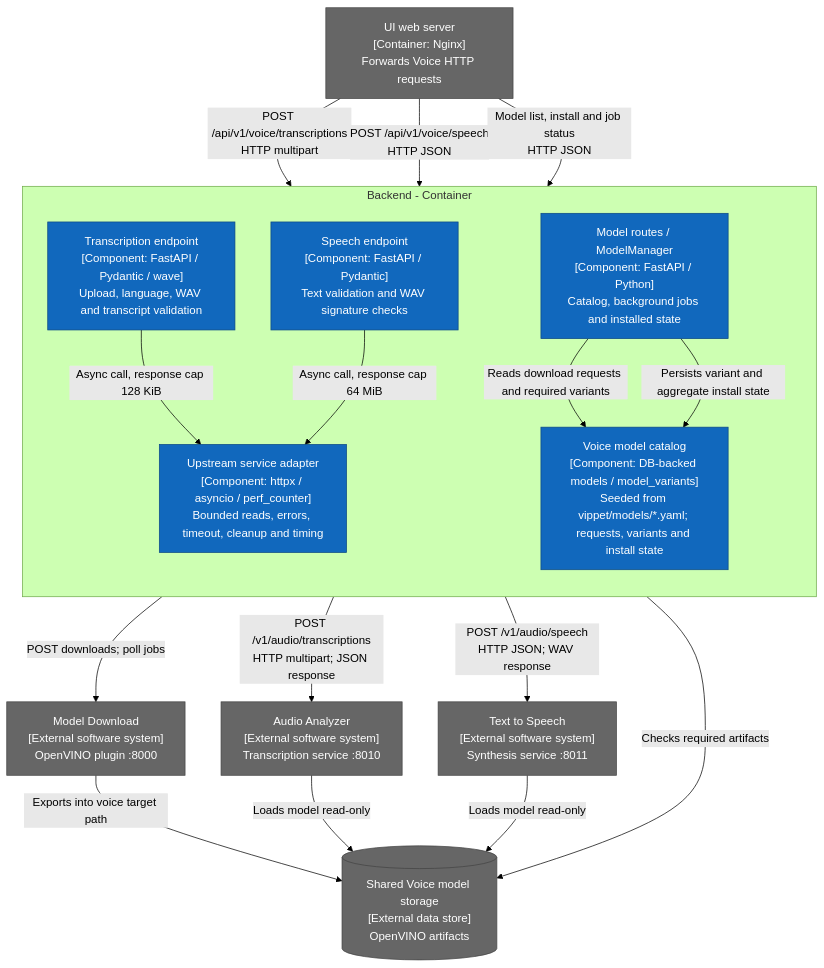
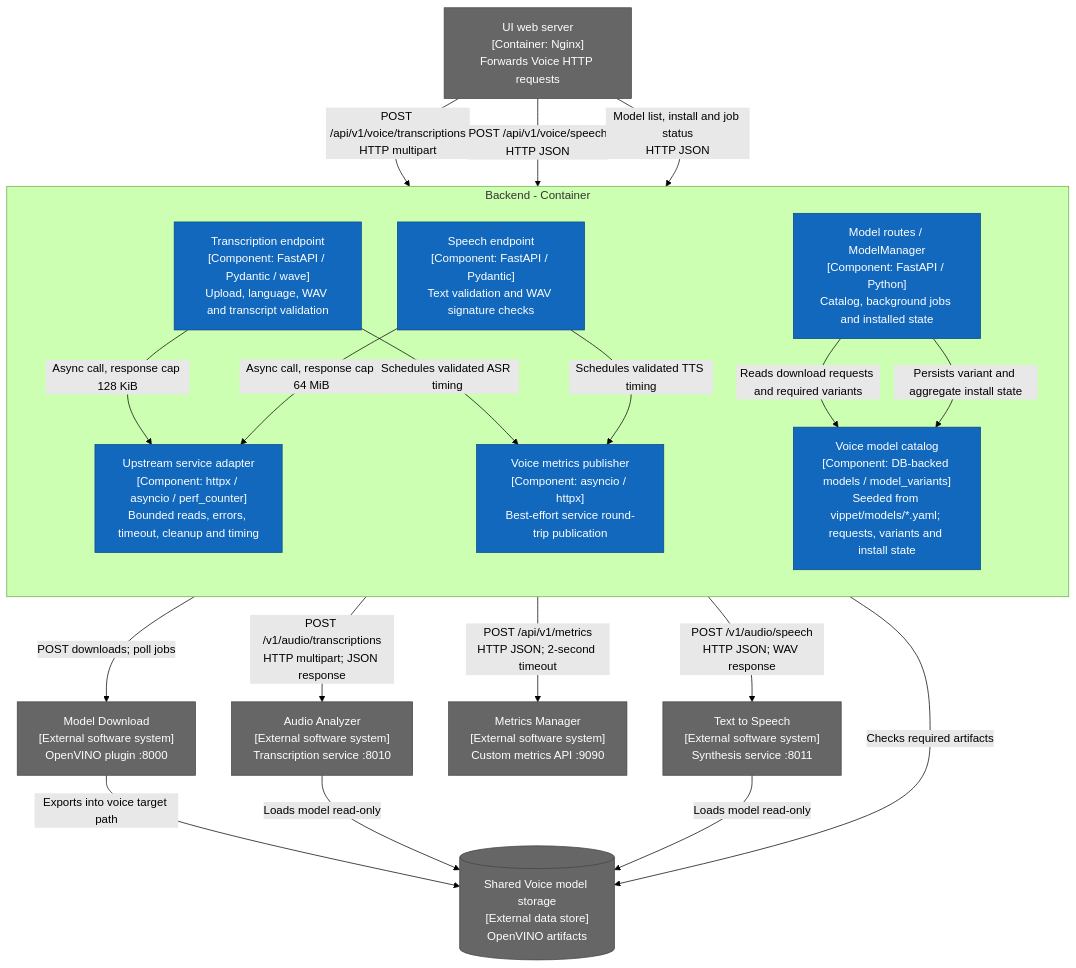
One commit to open-edge-platform/edge-ai-libraries changed the fourth of 9 diagrams in tools/visual-pipeline-and-platform-evaluation-tool/docs/user-guide/developer-guide/voice-architecture.md. Above: the diagram before and after it, drawn with Mermaid (forest theme). The commit also changed other lines of this file and 5 other files, not shown here.

````diff
--- a/tools/visual-pipeline-and-platform-evaluation-tool/docs/user-guide/developer-guide/voice-architecture.md
+++ b/tools/visual-pipeline-and-platform-evaluation-tool/docs/user-guide/developer-guide/voice-architecture.md
@@ -166,32 +166,37 @@
 ```mermaid
 flowchart TB
   web["UI web server<br/>[Container: Nginx]<br/>Forwards Voice HTTP requests"]:::external
   subgraph api[Backend - Container]
     direction TB
     stt["Transcription endpoint<br/>[Component: FastAPI / Pydantic / wave]<br/>Upload, language, WAV and transcript validation"]:::internal
     speech["Speech endpoint<br/>[Component: FastAPI / Pydantic]<br/>Text validation and WAV signature checks"]:::internal
     adapter["Upstream service adapter<br/>[Component: httpx / asyncio / perf_counter]<br/>Bounded reads, errors, timeout, cleanup and timing"]:::internal
+    publisher["Voice metrics publisher<br/>[Component: asyncio / httpx]<br/>Best-effort service round-trip publication"]:::internal
     modelapi["Model routes / ModelManager<br/>[Component: FastAPI / Python]<br/>Catalog, background jobs and installed state"]:::internal
     catalog["Voice model catalog<br/>[Component: DB-backed models / model_variants]<br/>Seeded from vippet/models/*.yaml; requests, variants and install state"]:::internal
     stt -->|Async call, response cap 128 KiB| adapter
     speech -->|Async call, response cap 64 MiB| adapter
+    stt -->|Schedules validated ASR timing| publisher
+    speech -->|Schedules validated TTS timing| publisher
     modelapi -->|Reads download requests and required variants| catalog
     modelapi -->|Persists variant and aggregate install state| catalog
   end
   asr["Audio Analyzer<br/>[External software system]<br/>Transcription service :8010"]:::external
   tts["Text to Speech<br/>[External software system]<br/>Synthesis service :8011"]:::external
+  telemetry["Metrics Manager<br/>[External software system]<br/>Custom metrics API :9090"]:::external
   downloader["Model Download<br/>[External software system]<br/>OpenVINO plugin :8000"]:::external
   modelstore[("Shared Voice model storage<br/>[External data store]<br/>OpenVINO artifacts")]:::external
   web -->|"POST /api/v1/voice/transcriptions<br/>HTTP multipart"| stt
   web -->|"POST /api/v1/voice/speech<br/>HTTP JSON"| speech
   web -->|"Model list, install and job status<br/>HTTP JSON"| modelapi
   adapter -->|"POST /v1/audio/transcriptions<br/>HTTP multipart; JSON response"| asr
   adapter -->|"POST /v1/audio/speech<br/>HTTP JSON; WAV response"| tts
+  publisher -->|"POST /api/v1/metrics<br/>HTTP JSON; 2-second timeout"| telemetry
   modelapi -->|"POST downloads; poll jobs"| downloader
   modelapi -->|"Checks required artifacts"| modelstore
   downloader -->|"Exports into voice target path"| modelstore
   asr -->|"Loads model read-only"| modelstore
   tts -->|"Loads model read-only"| modelstore
   classDef internal fill:#1168bd,color:#fff,stroke:#0b4884
   classDef external fill:#666,color:#fff,stroke:#444
 ```
````
